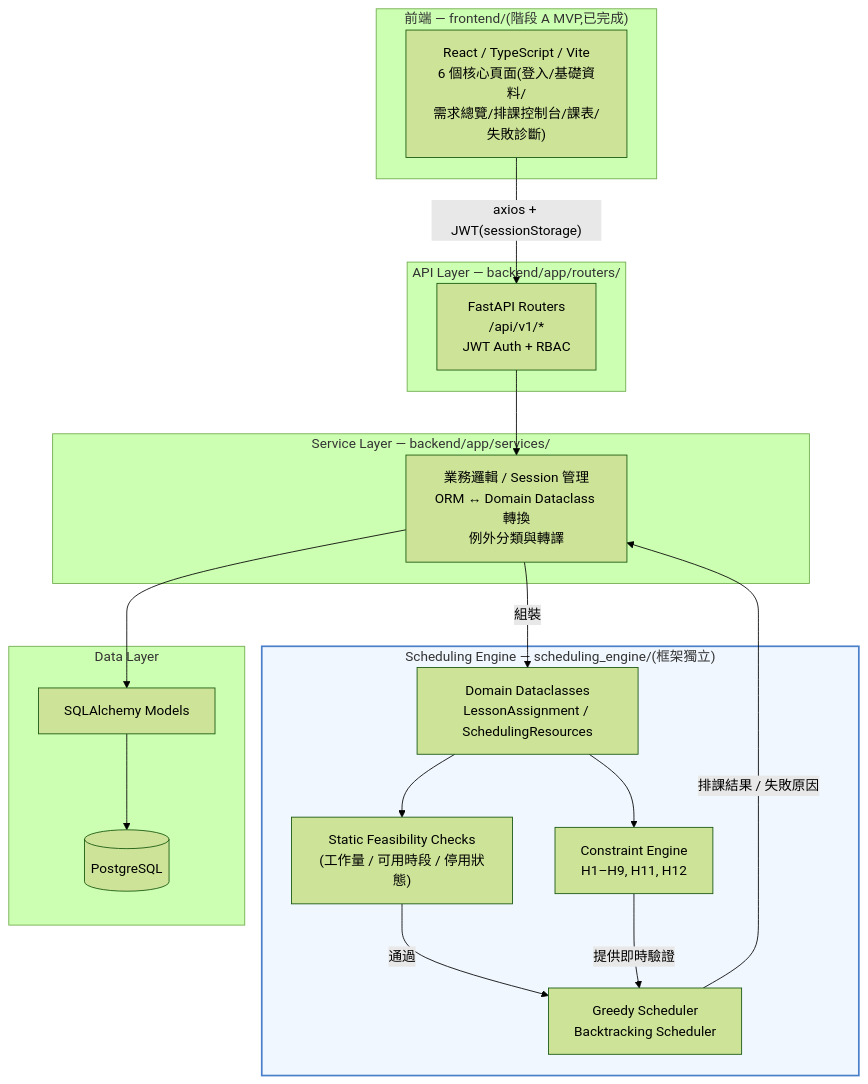
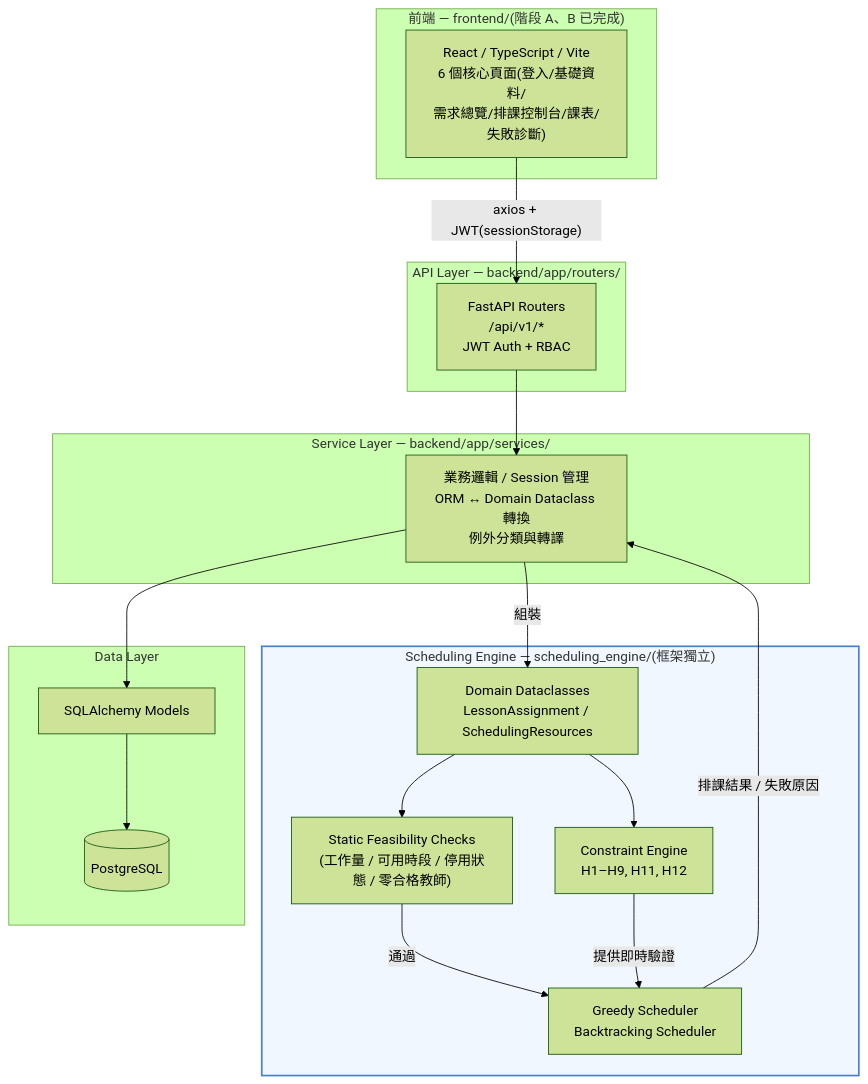
The first of 2 diagrams in docs/SYSTEM_DESIGN.md (aaachun18/elementary-school-timetable), drawn with Mermaid (forest theme) before and after one commit. The commit also changed other lines of this file, not shown here.

Commit message:
Update SYSTEM_DESIGN for frontend phase B: architecture, debugging cases, 282 tests, known limits

````diff
--- a/docs/SYSTEM_DESIGN.md
+++ b/docs/SYSTEM_DESIGN.md
@@ -15,39 +15,39 @@
 ```mermaid
 flowchart TB
-    subgraph Client["前端 — frontend/(階段 A MVP,已完成)"]
+    subgraph Client["前端 — frontend/(階段 A、B 已完成)"]
         React["React / TypeScript / Vite<br/>6 個核心頁面(登入/基礎資料/<br/>需求總覽/排課控制台/課表/失敗診斷)"]
     end
 
     subgraph API["API Layer — backend/app/routers/"]
         FastAPI["FastAPI Routers<br/>/api/v1/*<br/>JWT Auth + RBAC"]
     end
 
     subgraph Service["Service Layer — backend/app/services/"]
         SVC["業務邏輯 / Session 管理<br/>ORM ↔ Domain Dataclass 轉換<br/>例外分類與轉譯"]
     end
 
     subgraph Engine["Scheduling Engine — scheduling_engine/(框架獨立)"]
         Domain["Domain Dataclasses<br/>LessonAssignment / SchedulingResources"]
-        Static["Static Feasibility Checks<br/>(工作量 / 可用時段 / 停用狀態)"]
+        Static["Static Feasibility Checks<br/>(工作量 / 可用時段 / 停用狀態 / 零合格教師)"]
         Constraints["Constraint Engine<br/>H1–H9, H11, H12"]
         Algo["Greedy Scheduler<br/>Backtracking Scheduler"]
     end
 
     subgraph Data["Data Layer"]
         ORM["SQLAlchemy Models"]
         PG[("PostgreSQL")]
     end
 
     React -->|"axios + JWT(sessionStorage)"| FastAPI
     FastAPI --> SVC
     SVC -->|"組裝"| Domain
     Domain --> Static
     Static -->|"通過"| Algo
     Domain --> Constraints
     Constraints -->|"提供即時驗證"| Algo
     Algo -->|"排課結果 / 失敗原因"| SVC
     SVC --> ORM
     ORM --> PG
 
     style Engine fill:#f0f7ff,stroke:#4a7fc9,stroke-width:2px
 ```
````
